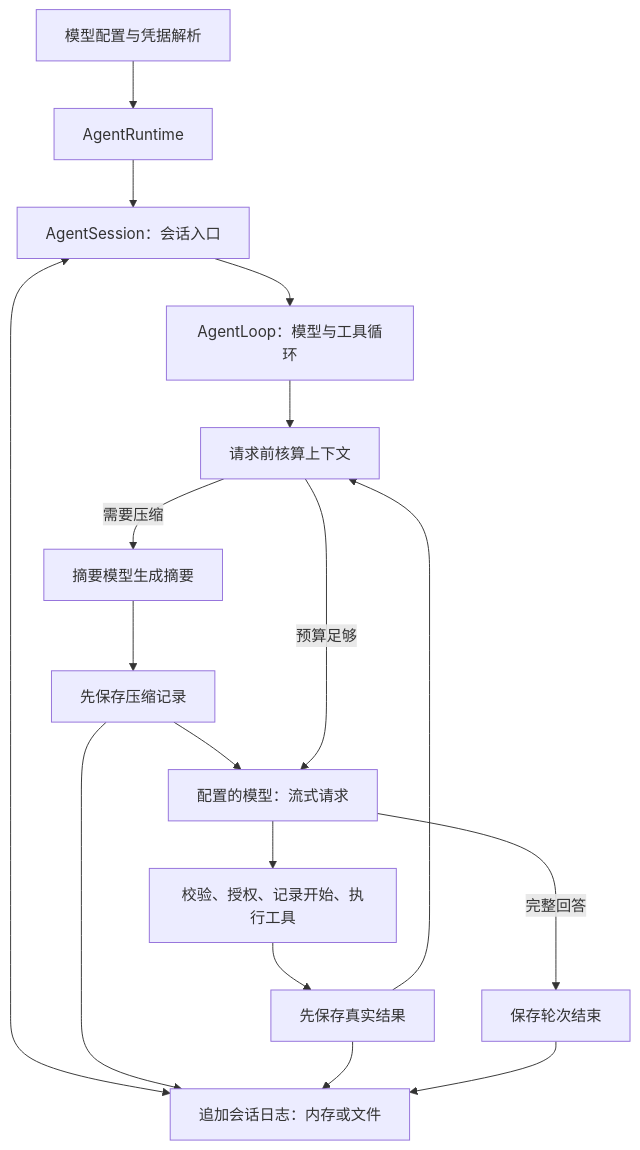
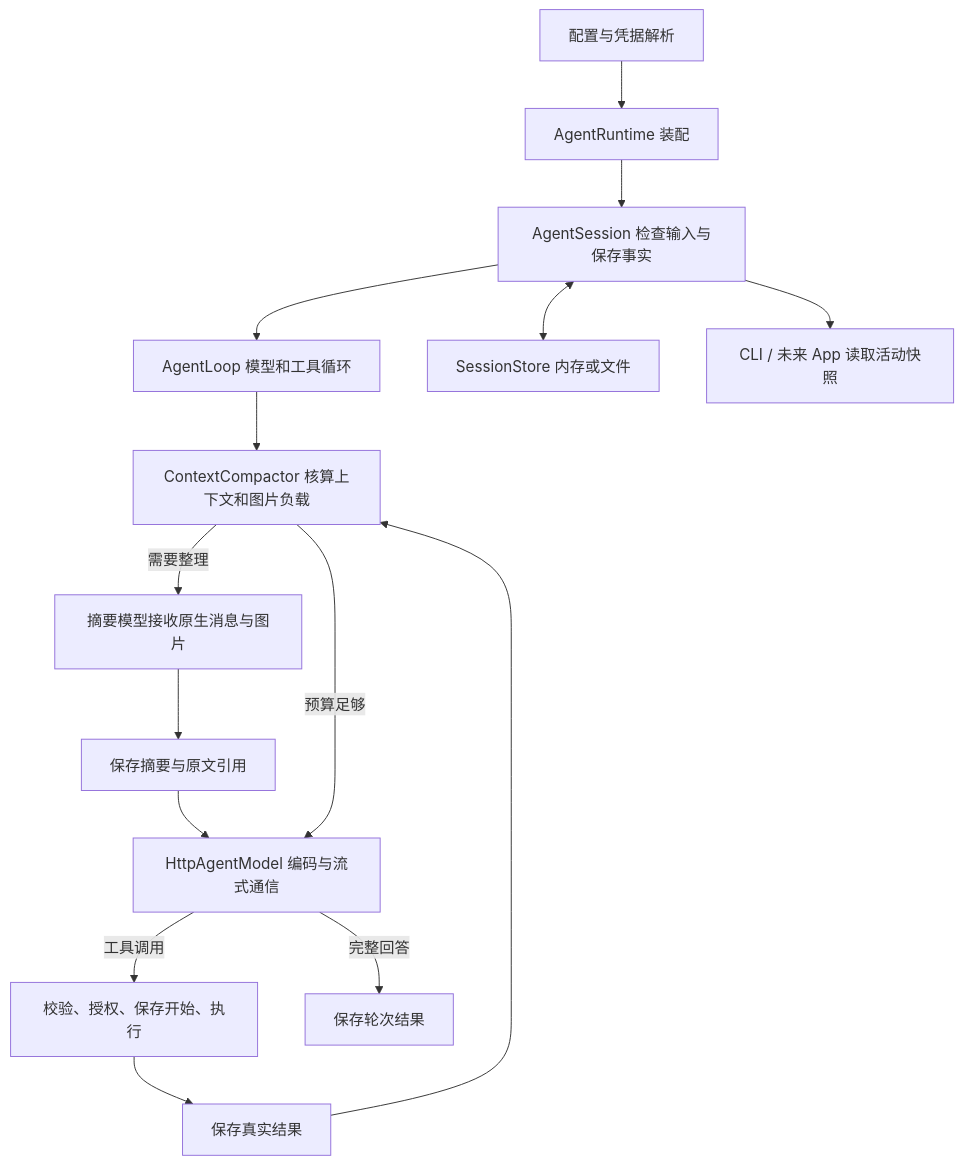
One commit to Liuxin4950/MissionBook changed the diagram in packages/agent_core/FOUNDATION.md. Above: the diagram before and after it, drawn with Mermaid. The commit also changed other lines of this file and 51 other files, not shown here.

Commit message:
feat(agent): 完善基座可靠性、DeepSeek 视觉与 CLI

````diff
--- a/packages/agent_core/FOUNDATION.md
+++ b/packages/agent_core/FOUNDATION.md
@@ -23,19 +22,17 @@
 ```mermaid
 flowchart TD
-    C[模型配置与凭据解析] --> R[AgentRuntime]
-    R --> S[AgentSession：会话入口]
-    S --> L[AgentLoop：模型与工具循环]
-    L --> B[请求前核算上下文]
-    B -->|需要压缩| A[摘要模型生成摘要]
-    A --> J[先保存压缩记录]
-    J --> M[配置的模型：流式请求]
+    C[配置与凭据解析] --> R[AgentRuntime 装配]
+    R --> S[AgentSession 检查输入与保存事实]
+    S --> L[AgentLoop 模型和工具循环]
+    L --> B[ContextCompactor 核算上下文和图片负载]
+    B -->|需要整理| A[摘要模型接收原生消息与图片]
+    A --> J[保存摘要与原文引用]
+    J --> M[HttpAgentModel 编码与流式通信]
     B -->|预算足够| M
-    M --> T[校验、授权、记录开始、执行工具]
-    T --> O[先保存真实结果]
+    M -->|工具调用| T[校验、授权、保存开始、执行]
+    T --> O[保存真实结果]
     O --> B
-    M -->|完整回答| E[保存轮次结束]
-    S <--> D[追加会话日志：内存或文件]
-    J --> D
-    O --> D
-    E --> D
+    M -->|完整回答| E[保存轮次结果]
+    S <--> D[SessionStore 内存或文件]
+    S --> V[CLI / 未来 App 读取活动快照]
 ```
````
